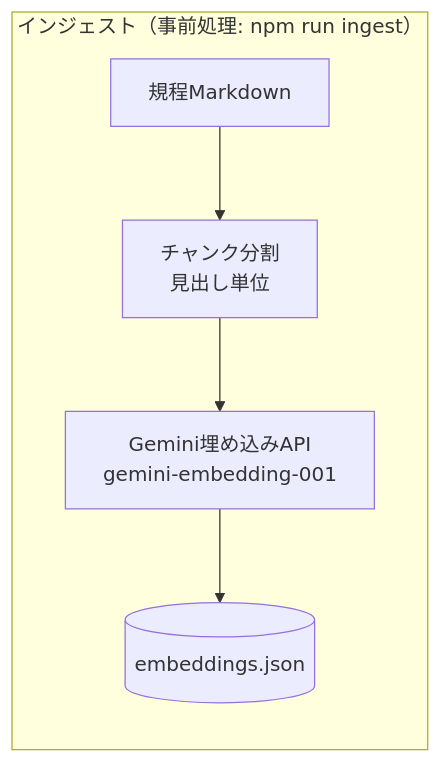
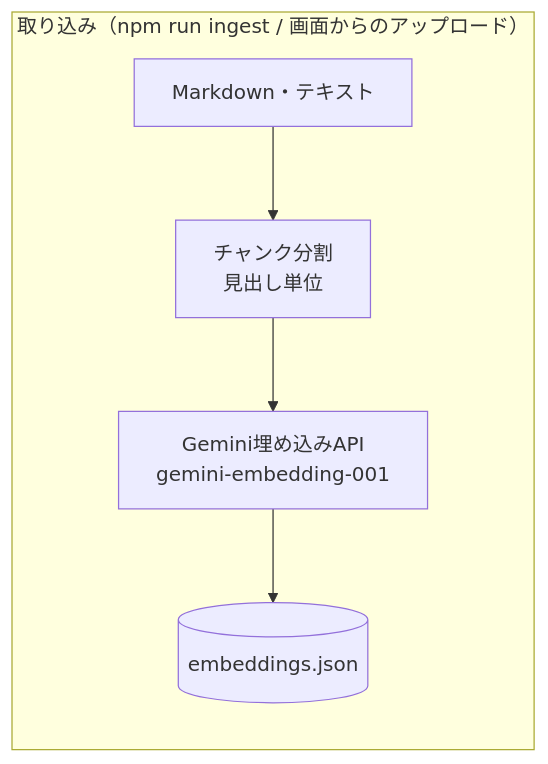
The first of 2 diagrams in README.md (nobu0917/rag-knowledge-chatbot), drawn with Mermaid before and after one commit. The commit also changed other lines of this file and 8 other files, not shown here.

````diff
--- a/README.md
+++ b/README.md
@@ -13,6 +14,6 @@
 ```mermaid
 flowchart LR
-  subgraph ingest[インジェスト（事前処理: npm run ingest）]
-    MD[規程Markdown] --> CH[チャンク分割<br>見出し単位] --> EMB1[Gemini埋め込みAPI<br>gemini-embedding-001] --> JSON[(embeddings.json)]
+  subgraph ingest[取り込み（npm run ingest / 画面からのアップロード）]
+    MD[Markdown・テキスト] --> CH[チャンク分割<br>見出し単位] --> EMB1[Gemini埋め込みAPI<br>gemini-embedding-001] --> JSON[(embeddings.json)]
   end
 ```
````
